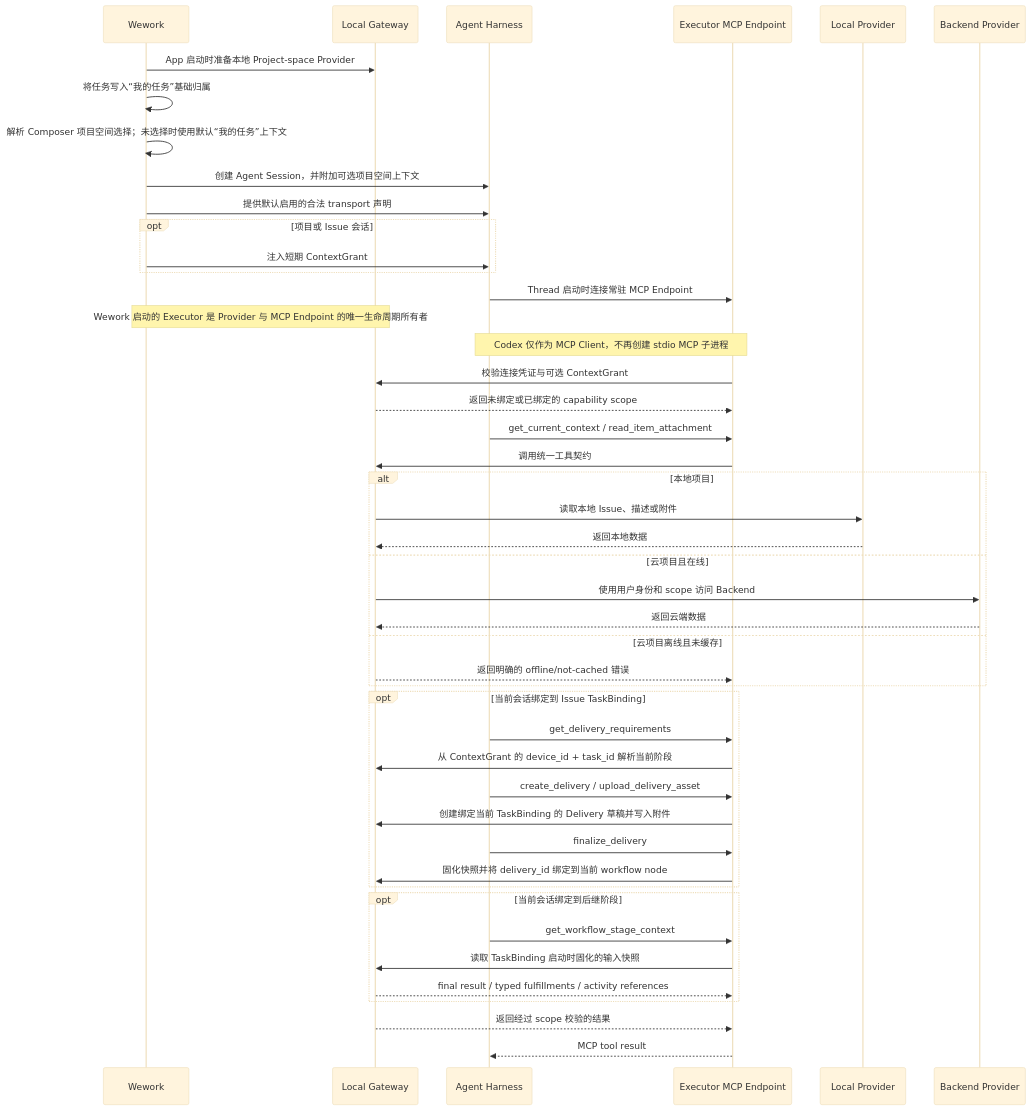
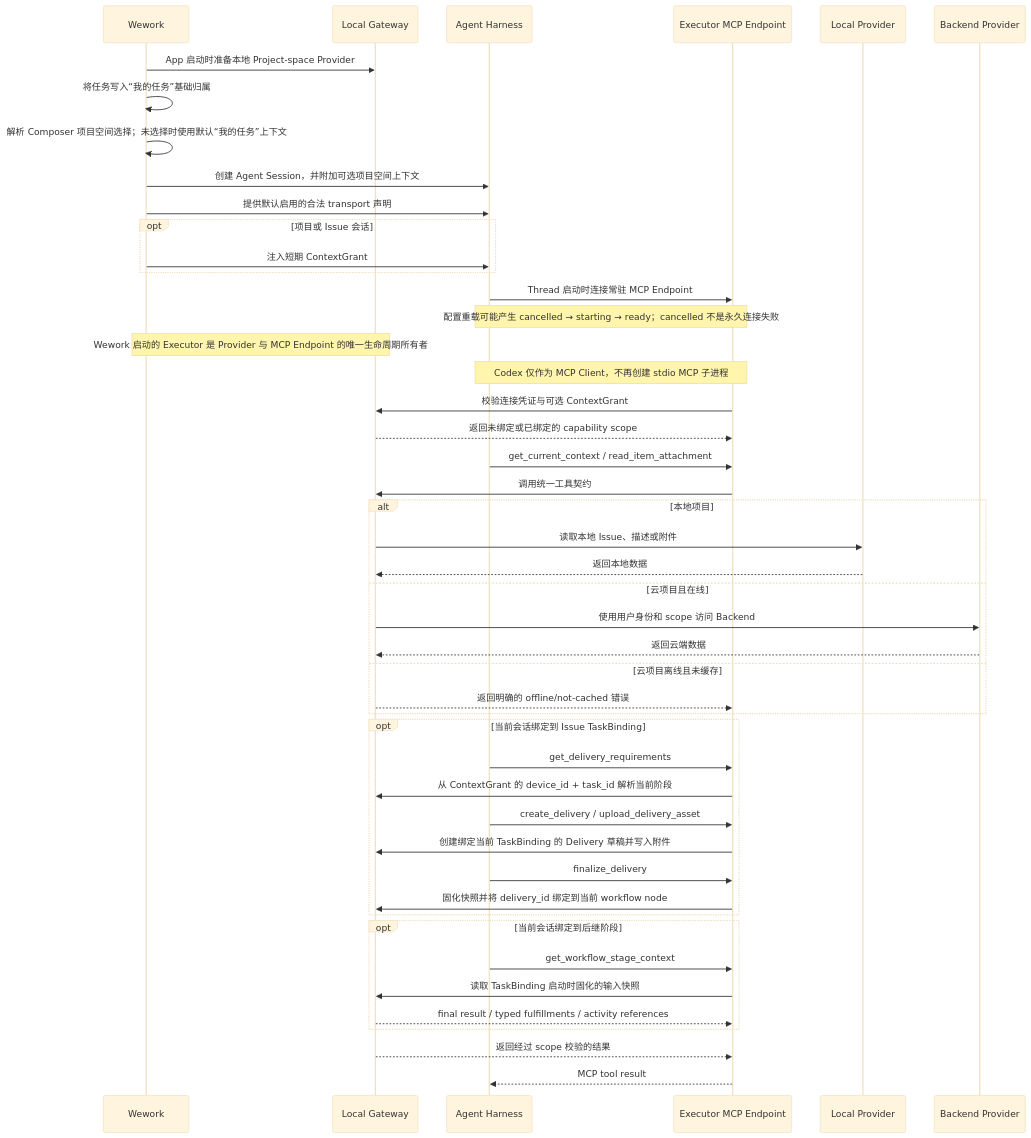
Before and after one commit to wecode-ai/wegent-docs: the second of 2 diagrams in i18n/zh/docusaurus-plugin-content-docs/current/architecture/project-space-agent-capability.md, drawn with Mermaid (base theme). The commit also changed other lines of this file and 3 other files, not shown here.

````diff
--- a/i18n/zh/docusaurus-plugin-content-docs/current/architecture/project-space-agent-capability.md
+++ b/i18n/zh/docusaurus-plugin-content-docs/current/architecture/project-space-agent-capability.md
@@ -35,49 +35,50 @@
 ```mermaid
 sequenceDiagram
     participant W as Wework
     participant G as Local Gateway
     participant H as Agent Harness
     participant P as Executor MCP Endpoint
     participant L as Local Provider
     participant B as Backend Provider
 
     W->>G: App 启动时准备本地 Project-space Provider
     W->>W: 将任务写入“我的任务”基础归属
     W->>W: 解析 Composer 项目空间选择；未选择时使用默认“我的任务”上下文
     W->>H: 创建 Agent Session，并附加可选项目空间上下文
     W->>H: 提供默认启用的合法 transport 声明
     opt 项目或 Issue 会话
         W->>H: 注入短期 ContextGrant
     end
     H->>P: Thread 启动时连接常驻 MCP Endpoint
+    Note over H,P: 配置重载可能产生 cancelled → starting → ready；cancelled 不是永久连接失败
     Note over W,G: Wework 启动的 Executor 是 Provider 与 MCP Endpoint 的唯一生命周期所有者
     Note over H,P: Codex 仅作为 MCP Client，不再创建 stdio MCP 子进程
     P->>G: 校验连接凭证与可选 ContextGrant
     G-->>P: 返回未绑定或已绑定的 capability scope
     H->>P: get_current_context / read_item_attachment
     P->>G: 调用统一工具契约
     alt 本地项目
         G->>L: 读取本地 Issue、描述或附件
         L-->>G: 返回本地数据
     else 云项目且在线
         G->>B: 使用用户身份和 scope 访问 Backend
         B-->>G: 返回云端数据
     else 云项目离线且未缓存
         G-->>P: 返回明确的 offline/not-cached 错误
     end
     opt 当前会话绑定到 Issue TaskBinding
         H->>P: get_delivery_requirements
         P->>G: 从 ContextGrant 的 device_id + task_id 解析当前阶段
         H->>P: create_delivery / upload_delivery_asset
         P->>G: 创建绑定当前 TaskBinding 的 Delivery 草稿并写入附件
         H->>P: finalize_delivery
         P->>G: 固化快照并将 delivery_id 绑定到当前 workflow node
     end
     opt 当前会话绑定到后继阶段
         H->>P: get_workflow_stage_context
         P->>G: 读取 TaskBinding 启动时固化的输入快照
         G-->>P: final result / typed fulfillments / activity references
     end
     G-->>P: 返回经过 scope 校验的结果
     P-->>H: MCP tool result
 ```
````
